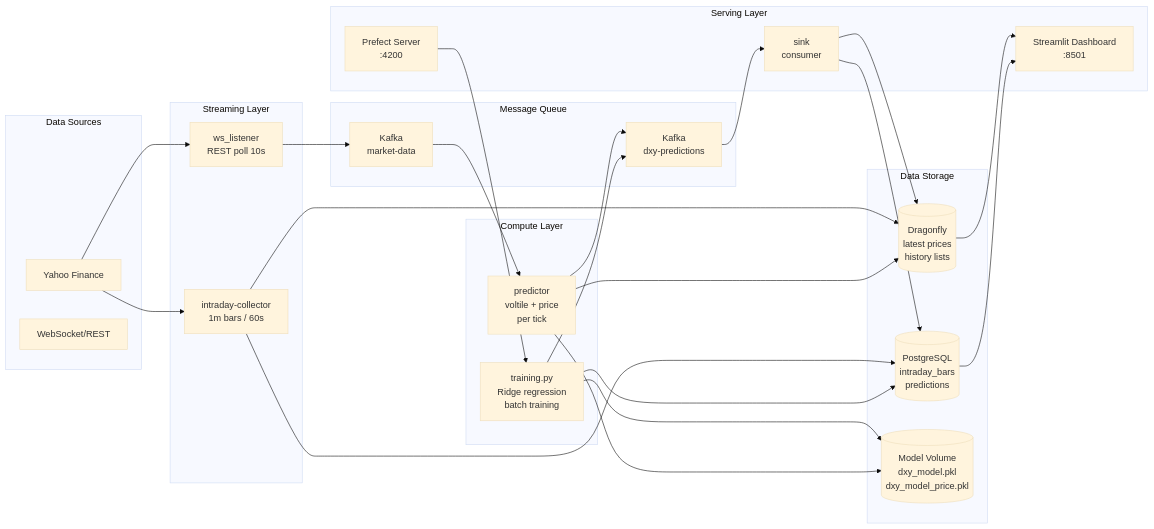
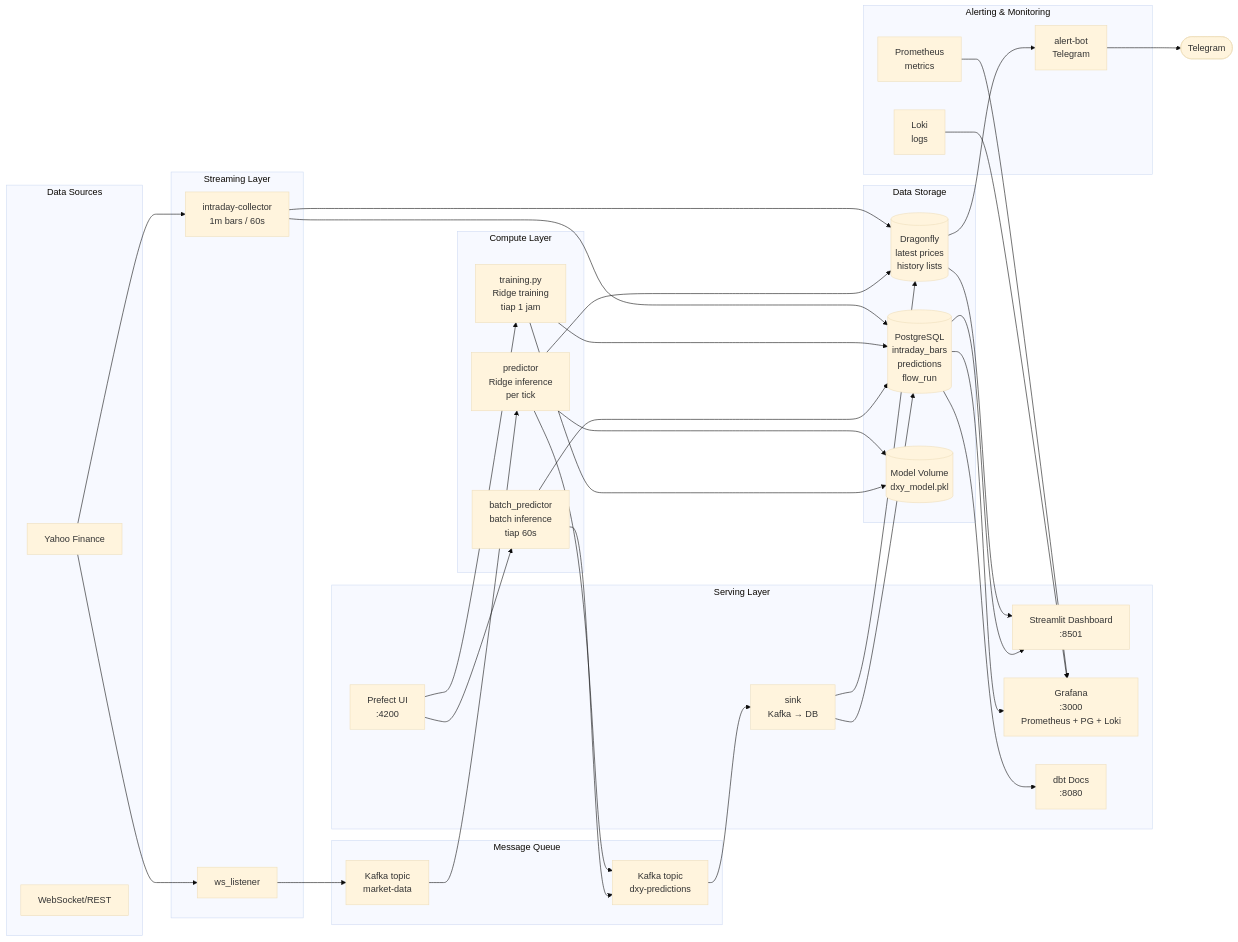
The diagram in README.md (ilydien/DXY-Volatility-Predictor-Kel-5), drawn with Mermaid (base theme) before and after one commit. The commit also changed other lines of this file and 25 other files, not shown here.

````diff
--- a/README.md
+++ b/README.md
@@ -7,53 +7,70 @@
 ```mermaid
 flowchart LR
     subgraph Source["Data Sources"]
         YF[Yahoo Finance]
         WS[WebSocket/REST]
     end
 
-    subgraph Stream["Streaming Layer"]
-        WS_LISTENER[ws_listener<br/>REST poll 10s]
+    subgraph Streaming["Streaming Layer"]
+        WS_LISTENER[ws_listener]
         COLLECTOR[intraday-collector<br/>1m bars / 60s]
     end
 
     subgraph Queue["Message Queue"]
-        KAFKA1[Kafka<br/>market-data]
-        KAFKA2[Kafka<br/>dxy-predictions]
+        KAFKA1[Kafka topic<br/>market-data]
+        KAFKA2[Kafka topic<br/>dxy-predictions]
     end
 
     subgraph Compute["Compute Layer"]
-        PREDICTOR[predictor<br/>voltile + price<br/>per tick]
-        TRAINING[training.py<br/>Ridge regression<br/>batch training]
+        PREDICTOR[predictor<br/>Ridge inference<br/>per tick]
+        TRAINING[training.py<br/>Ridge training<br/>tiap 1 jam]
+        BATCH[batch_predictor<br/>batch inference<br/>tiap 60s]
     end
 
     subgraph Storage["Data Storage"]
-        PG[(PostgreSQL<br/>intraday_bars<br/>predictions)]
+        PG[(PostgreSQL<br/>intraday_bars<br/>predictions<br/>flow_run)]
         DF[(Dragonfly<br/>latest prices<br/>history lists)]
-        MODELS[(Model Volume<br/>dxy_model.pkl<br/>dxy_model_price.pkl)]
+        MODELS[(Model Volume<br/>dxy_model.pkl)]
     end
 
     subgraph Serving["Serving Layer"]
-        SINK[sink<br/>consumer]
+        SINK[sink<br/>Kafka → DB]
         DASHBOARD[Streamlit Dashboard<br/>:8501]
-        PREFECT[Prefect Server<br/>:4200]
+        GRAFANA[Grafana<br/>:3000<br/>Prometheus + PG + Loki]
+        PREFECT[Prefect UI<br/>:4200]
+        DBT[dbt Docs<br/>:8080]
+    end
+
+    subgraph Alerting["Alerting & Monitoring"]
+        ALERT[alert-bot<br/>Telegram]
+        PROM[Prometheus<br/>metrics]
+        LOKI[Loki<br/>logs]
     end
 
     YF --> WS_LISTENER
     YF --> COLLECTOR
     WS_LISTENER --> KAFKA1
+    COLLECTOR --> PG
+    COLLECTOR --> DF
     KAFKA1 --> PREDICTOR
     PREDICTOR --> KAFKA2
+    PREDICTOR --> DF
+    PREDICTOR --> MODELS
     KAFKA2 --> SINK
     SINK --> PG
     SINK --> DF
-    COLLECTOR --> PG
-    COLLECTOR --> DF
     TRAINING --> PG
     TRAINING --> MODELS
-    TRAINING --> KAFKA2
-    PREDICTOR --> MODELS
-    PREDICTOR --> DF
+    BATCH --> PG
+    BATCH --> KAFKA2
     DF --> DASHBOARD
     PG --> DASHBOARD
+    PG --> GRAFANA
+    DF --> ALERT
+    ALERT --> TELEGRAM([Telegram])
+    PROM --> GRAFANA
+    LOKI --> GRAFANA
+    PG --> DBT
     PREFECT --> TRAINING
+    PREFECT --> BATCH
 ```
````
